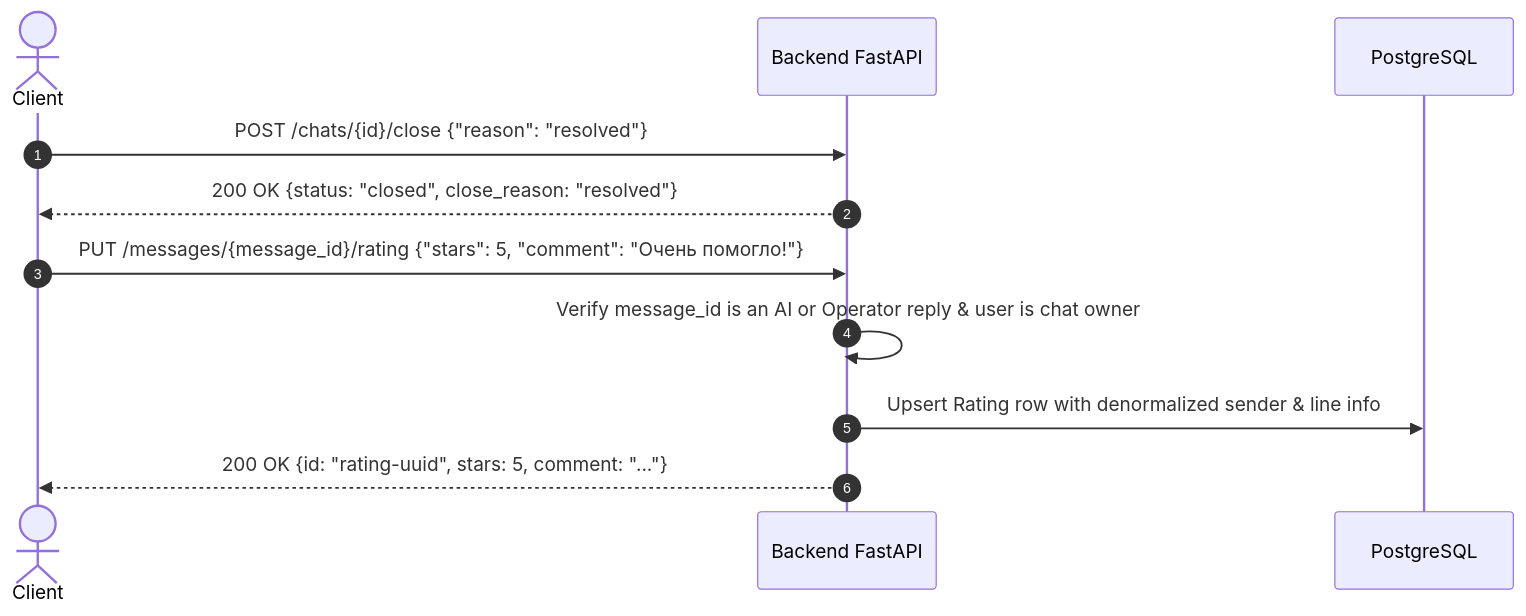
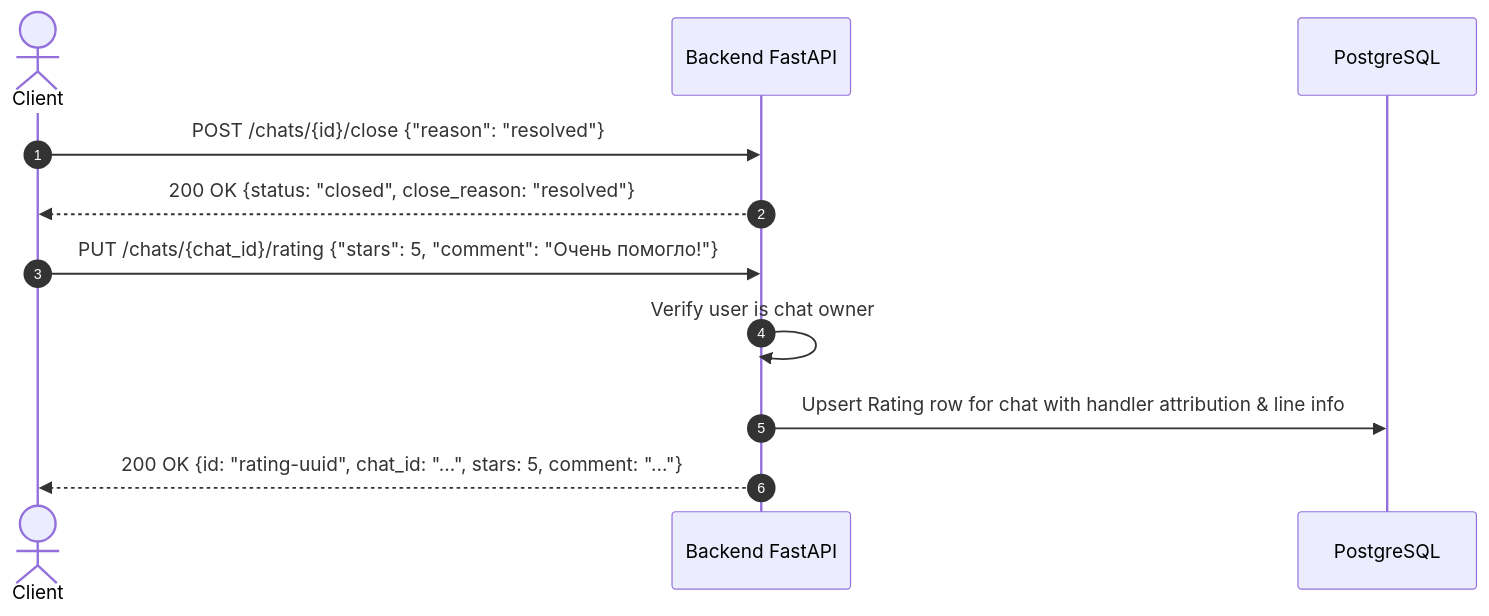
Before and after one commit to one-zero-eight/tenderhack-nizhniy-novgorod-innohassle: the fifth of 5 diagrams in backend/README.md, drawn with Mermaid. The commit also changed other lines of this file and 8 other files, not shown here.

Commit message:
feat: attach rating to chats rather than messages

````diff
--- a/backend/README.md
+++ b/backend/README.md
@@ -263,15 +264,15 @@
 ```mermaid
 sequenceDiagram
     autonumber
     actor User as Client
     participant Backend as Backend FastAPI
     participant DB as PostgreSQL
 
     User->>Backend: POST /chats/{id}/close {"reason": "resolved"}
     Backend-->>User: 200 OK {status: "closed", close_reason: "resolved"}
 
-    User->>Backend: PUT /messages/{message_id}/rating {"stars": 5, "comment": "Очень помогло!"}
-    Backend->>Backend: Verify message_id is an AI or Operator reply & user is chat owner
-    Backend->>DB: Upsert Rating row with denormalized sender & line info
-    Backend-->>User: 200 OK {id: "rating-uuid", stars: 5, comment: "..."}
+    User->>Backend: PUT /chats/{chat_id}/rating {"stars": 5, "comment": "Очень помогло!"}
+    Backend->>Backend: Verify user is chat owner
+    Backend->>DB: Upsert Rating row for chat with handler attribution & line info
+    Backend-->>User: 200 OK {id: "rating-uuid", chat_id: "...", stars: 5, comment: "..."}
 ```
````
